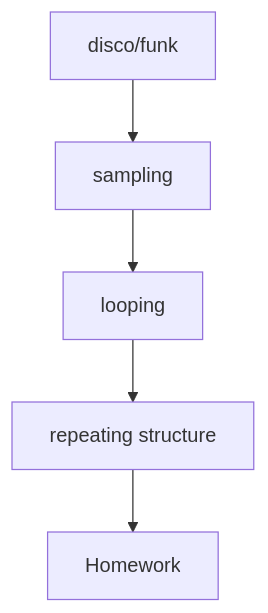
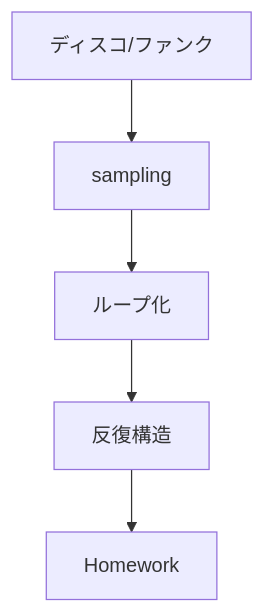
One commit to monumental-movement/monumental-movement.github.io changed the third of 11 diagrams in en/_posts/2026-07-01-column-influential-album-03.md. Above: the diagram before and after it, drawn with Mermaid. The commit also changed other lines of this file and 2196 other files, not shown here.

```diff
--- a/en/_posts/2026-07-01-column-influential-album-03.md
+++ b/en/_posts/2026-07-01-column-influential-album-03.md
@@ -299,11 +297,11 @@
 <div class="mermaid">
 flowchart TD
-A[disco/funk]
+A[ディスコ/ファンク]
 B[sampling]
-C[looping]
-D[repeating structure]
+C[ループ化]
+D[反復構造]
 E[Homework]
 
 A --> B --> C --> D --> E
 
 </div>
```
